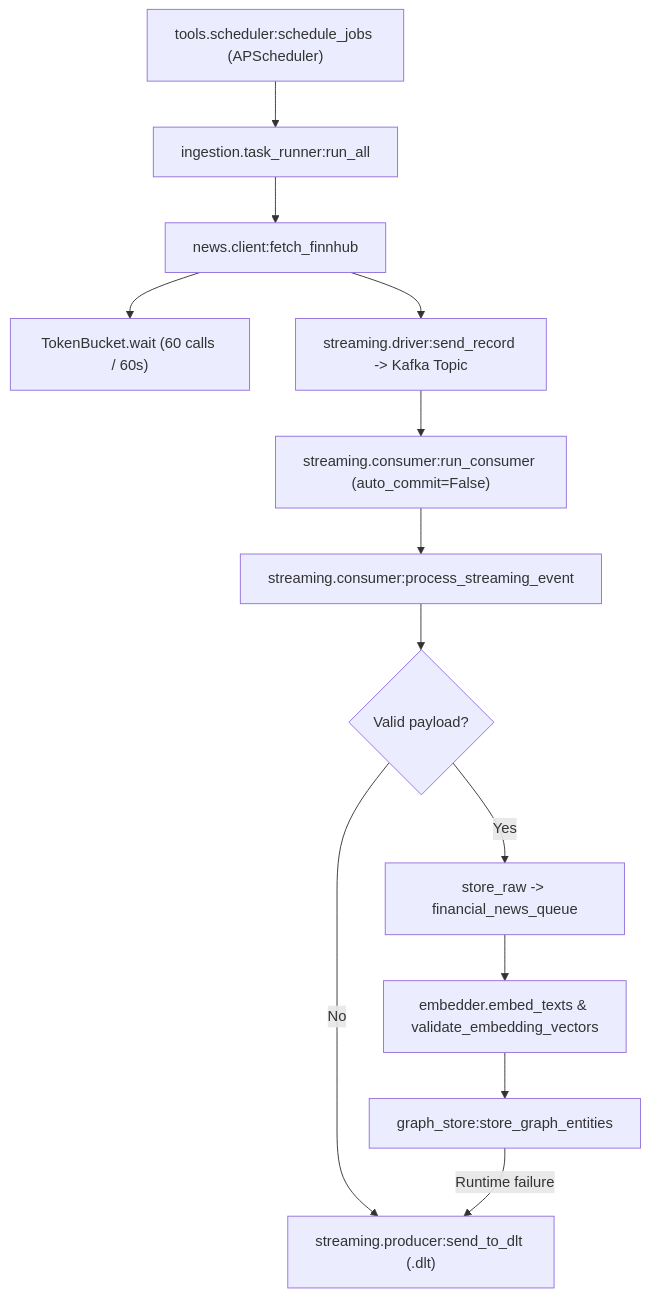
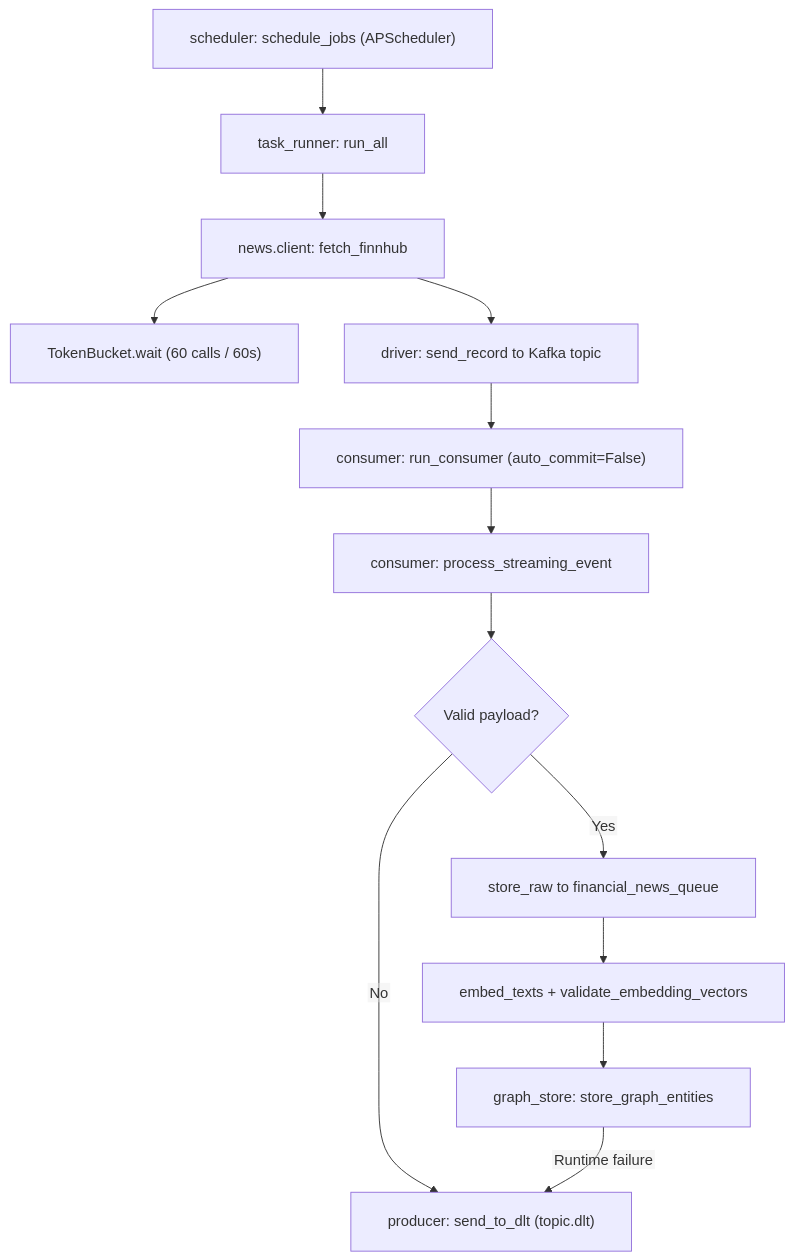
One commit to CamiloEmiliano/YarnBall changed the fourth of 4 diagrams in docs/technical-report/01-pit-universe-and-ingestion.md. Above: the diagram before and after it, drawn with Mermaid. The commit also changed other lines of this file and 6 other files, not shown here.

Commit message:
docs(technical-report): fix Mermaid rendering, Monograph numbering, notation, and Ch.0 layout

````diff
--- a/docs/technical-report/01-pit-universe-and-ingestion.md
+++ b/docs/technical-report/01-pit-universe-and-ingestion.md
@@ -287,15 +306,16 @@
 ```mermaid
+%%{init: {"flowchart": {"htmlLabels": false, "wrappingWidth": 420, "padding": 20}}}%%
 flowchart TD
-    A["tools.scheduler:schedule_jobs (APScheduler)"] --> B["ingestion.task_runner:run_all"]
-    B --> C["news.client:fetch_finnhub"]
+    A["scheduler: schedule_jobs (APScheduler)"] --> B["task_runner: run_all"]
+    B --> C["news.client: fetch_finnhub"]
     C --> D["TokenBucket.wait (60 calls / 60s)"]
-    C --> E["streaming.driver:send_record -> Kafka Topic"]
-    E --> F["streaming.consumer:run_consumer (auto_commit=False)"]
-    F --> G["streaming.consumer:process_streaming_event"]
+    C --> E["driver: send_record to Kafka topic"]
+    E --> F["consumer: run_consumer (auto_commit=False)"]
+    F --> G["consumer: process_streaming_event"]
     G --> H{"Valid payload?"}
-    H -->|"No"| I["streaming.producer:send_to_dlt (<topic>.dlt)"]
-    H -->|"Yes"| J["store_raw -> financial_news_queue"]
-    J --> K["embedder.embed_texts & validate_embedding_vectors"]
-    K --> L["graph_store:store_graph_entities"]
+    H -->|"No"| I["producer: send_to_dlt (topic.dlt)"]
+    H -->|"Yes"| J["store_raw to financial_news_queue"]
+    J --> K["embed_texts + validate_embedding_vectors"]
+    K --> L["graph_store: store_graph_entities"]
     L -->|"Runtime failure"| I
 ```
````
